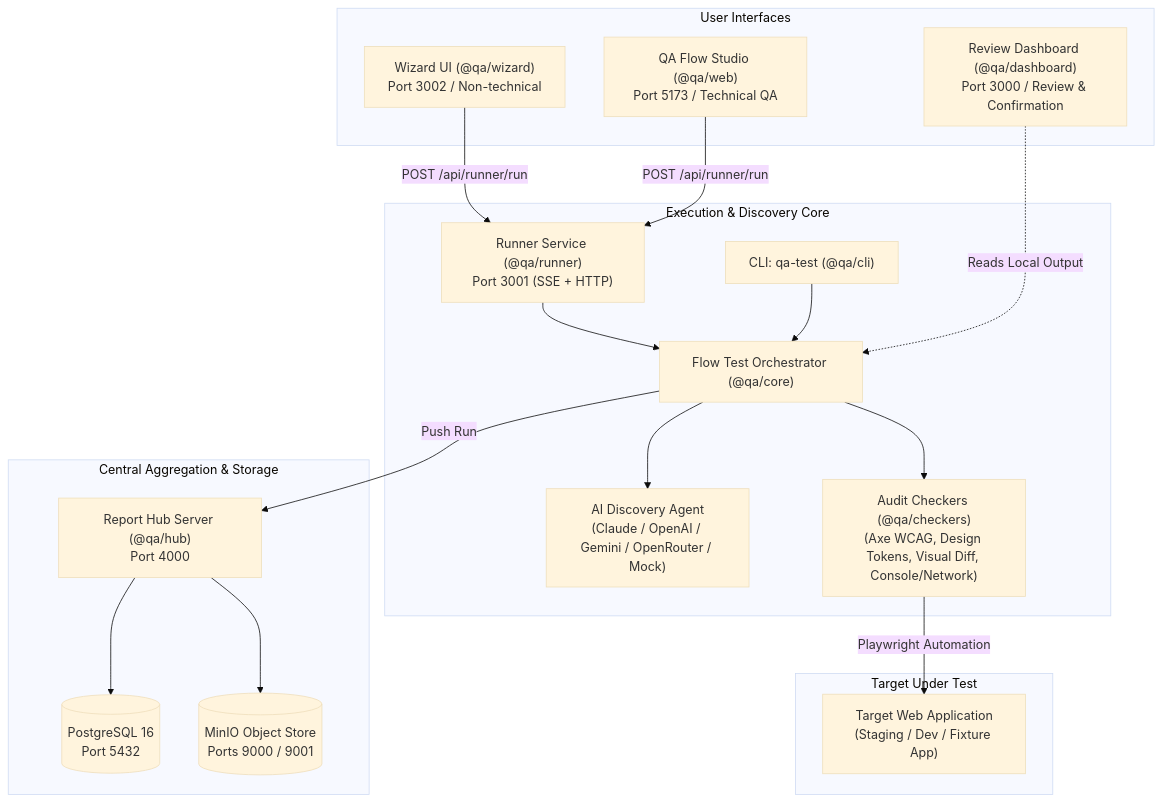
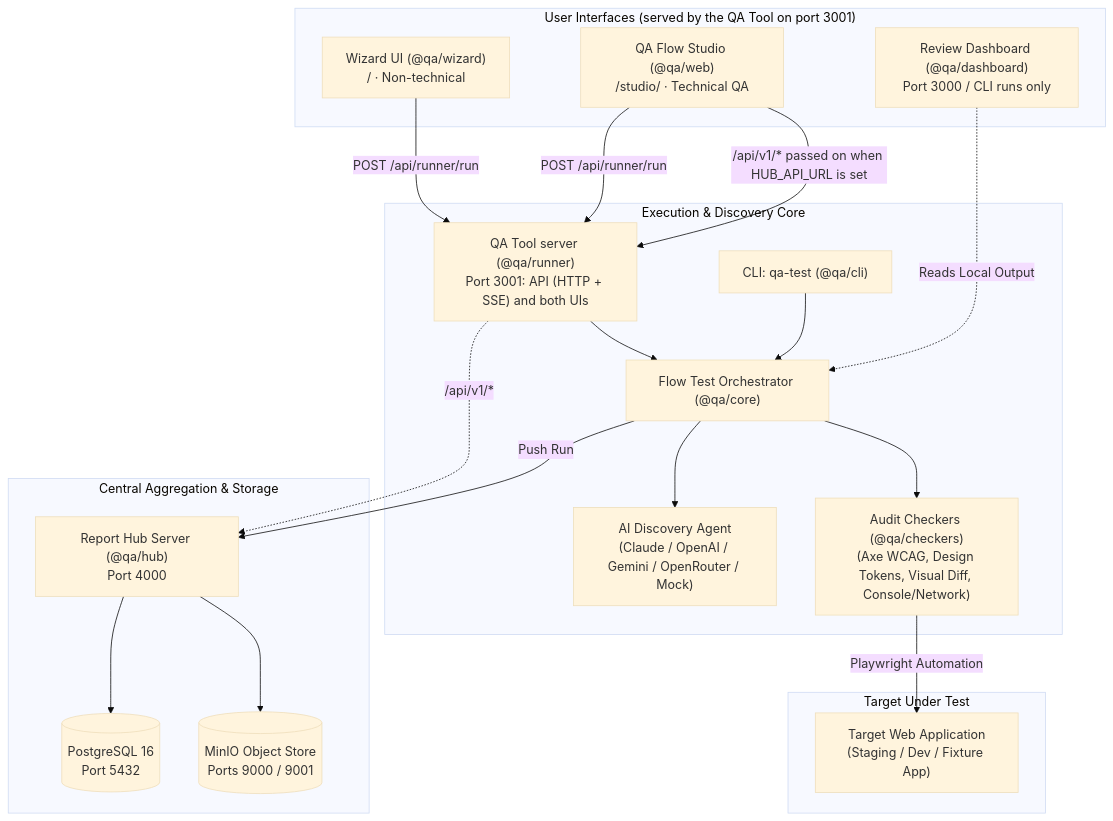
Before and after one commit to CJCreator-New/flowtester: the diagram in README.md, drawn with Mermaid (base theme). The commit also changed other lines of this file and 82 other files, not shown here.

Commit message:
feat: implement core AI discovery and planning engine, runner server, and wizard interface

````diff
--- a/README.md
+++ b/README.md
@@ -40,38 +41,40 @@
 ```mermaid
 flowchart TD
-    subgraph UI ["User Interfaces"]
-        Wizard["Wizard UI (@qa/wizard)\nPort 3002 / Non-technical"]
-        Studio["QA Flow Studio (@qa/web)\nPort 5173 / Technical QA"]
-        LocalDash["Review Dashboard (@qa/dashboard)\nPort 3000 / Review & Confirmation"]
+    subgraph UI ["User Interfaces (served by the QA Tool on port 3001)"]
+        Wizard["Wizard UI (@qa/wizard)\n/ · Non-technical"]
+        Studio["QA Flow Studio (@qa/web)\n/studio/ · Technical QA"]
+        LocalDash["Review Dashboard (@qa/dashboard)\nPort 3000 / CLI runs only"]
     end
 
     subgraph CoreEngine ["Execution & Discovery Core"]
         CLI["CLI: qa-test (@qa/cli)"]
-        Runner["Runner Service (@qa/runner)\nPort 3001 (SSE + HTTP)"]
+        Runner["QA Tool server (@qa/runner)\nPort 3001: API (HTTP + SSE) and both UIs"]
         Orchestrator["Flow Test Orchestrator (@qa/core)"]
         AI["AI Discovery Agent\n(Claude / OpenAI / Gemini / OpenRouter / Mock)"]
         Checkers["Audit Checkers (@qa/checkers)\n(Axe WCAG, Design Tokens, Visual Diff, Console/Network)"]
     end
 
     subgraph HubLayer ["Central Aggregation & Storage"]
         Hub["Report Hub Server (@qa/hub)\nPort 4000"]
         Postgres[(PostgreSQL 16\nPort 5432)]
         MinIO[(MinIO Object Store\nPorts 9000 / 9001)]
     end
 
     subgraph Target ["Target Under Test"]
         App["Target Web Application\n(Staging / Dev / Fixture App)"]
     end
 
     Wizard -->|POST /api/runner/run| Runner
     Studio -->|POST /api/runner/run| Runner
+    Studio -->|/api/v1/* passed on when HUB_API_URL is set| Runner
+    Runner -.->|/api/v1/*| Hub
     Runner --> Orchestrator
     CLI --> Orchestrator
     Orchestrator --> AI
     Orchestrator --> Checkers
     Checkers -->|Playwright Automation| App
     Orchestrator -->|Push Run| Hub
     Hub --> Postgres
     Hub --> MinIO
     LocalDash -.->|Reads Local Output| Orchestrator
 ```
````
